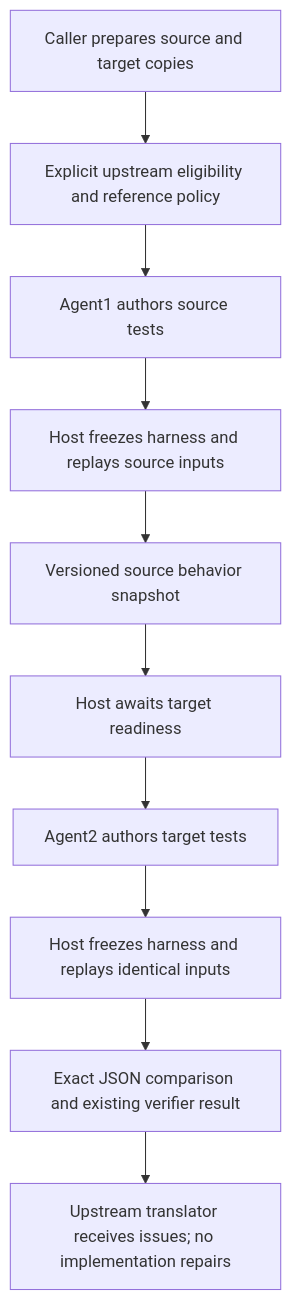
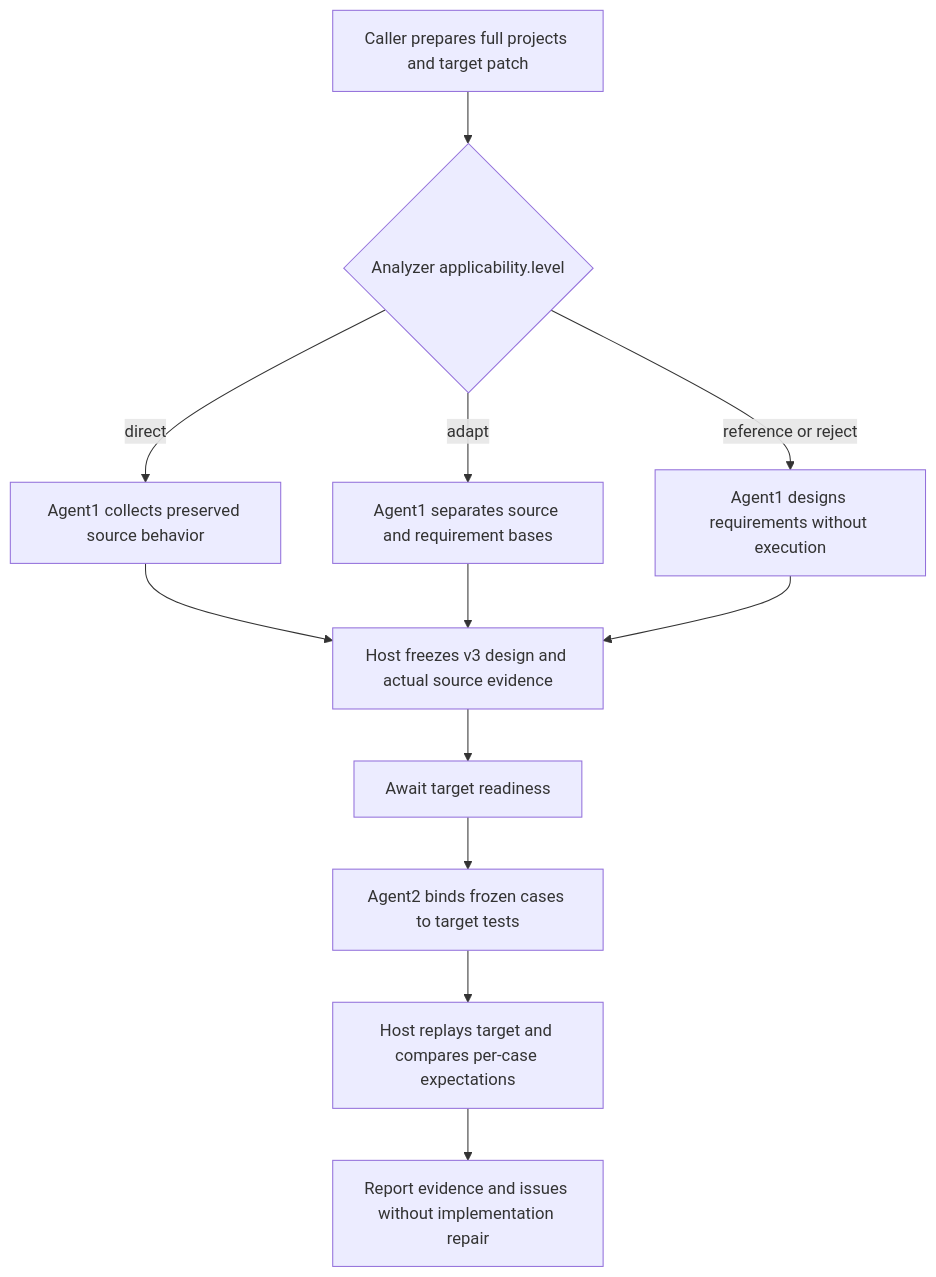
One commit to interfuckjuve/weichai changed the diagram in services/translation-verifier/e2e/README.md. Above: the diagram before and after it, drawn with Mermaid. The commit also changed other lines of this file and 2 other files, not shown here.

Commit message:
docs(verifier): describe strategy workflows and ignore local research

````diff
--- a/services/translation-verifier/e2e/README.md
+++ b/services/translation-verifier/e2e/README.md
@@ -128,12 +151,14 @@
 ```mermaid
 flowchart TD
-  A[Caller prepares source and target copies] --> B[Explicit upstream eligibility and reference policy]
-  B --> C[Agent1 authors source tests]
-  C --> D[Host freezes harness and replays source inputs]
-  D --> E[Versioned source behavior snapshot]
-  E --> F[Host awaits target readiness]
-  F --> G[Agent2 authors target tests]
-  G --> H[Host freezes harness and replays identical inputs]
-  H --> I[Exact JSON comparison and existing verifier result]
-  I --> J[Upstream translator receives issues; no implementation repairs]
+  A[Caller prepares full projects and target patch] --> B{Analyzer applicability.level}
+  B -->|direct| C[Agent1 collects preserved source behavior]
+  B -->|adapt| D[Agent1 separates source and requirement bases]
+  B -->|reference or reject| E[Agent1 designs requirements without execution]
+  C --> F[Host freezes v3 design and actual source evidence]
+  D --> F
+  E --> F
+  F --> G[Await target readiness]
+  G --> H[Agent2 binds frozen cases to target tests]
+  H --> I[Host replays target and compares per-case expectations]
+  I --> J[Report evidence and issues without implementation repair]
 ```
````
